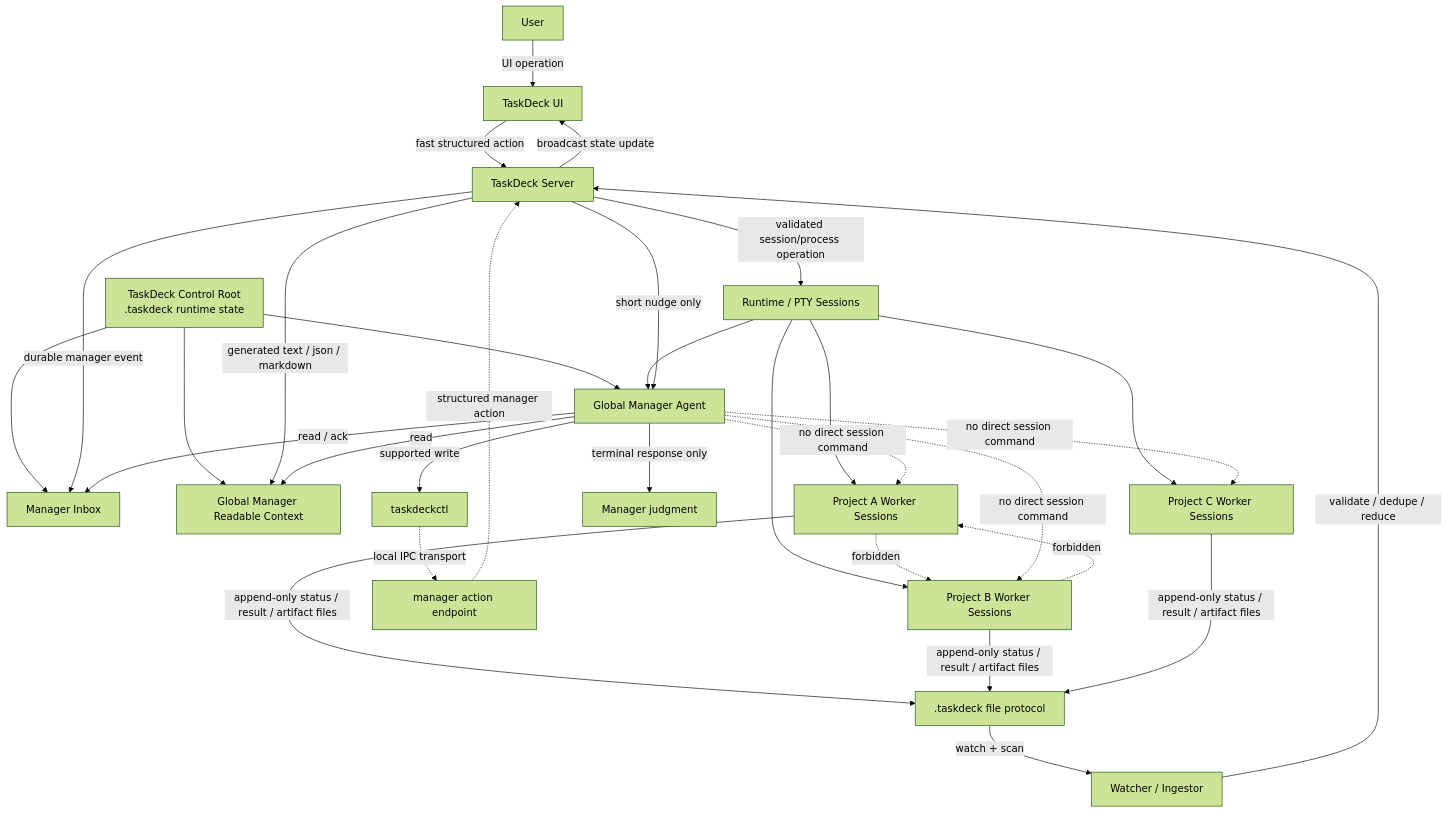
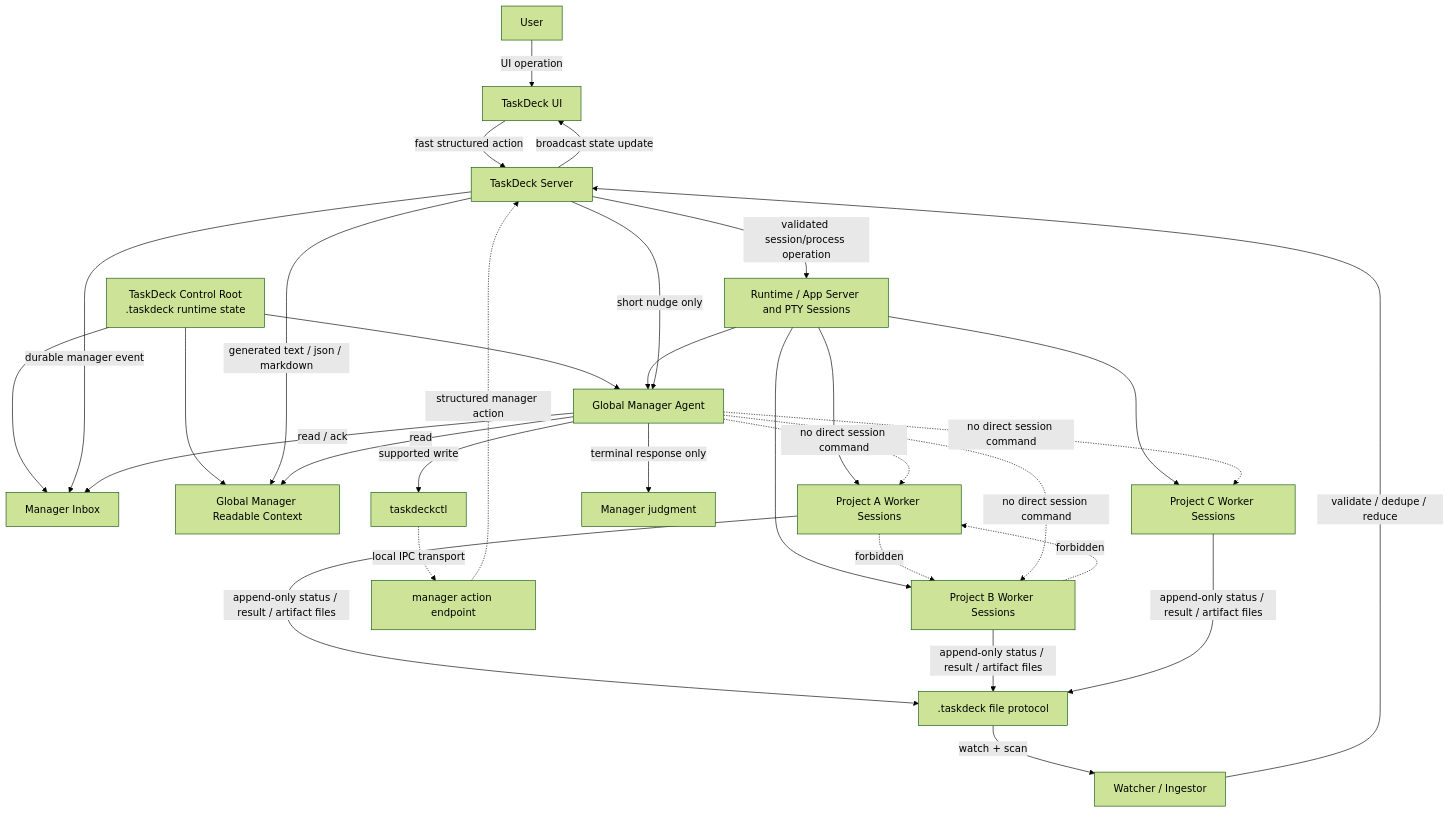
Before and after one commit to hayashikentaro/task-deck: the diagram in docs/taskdeck-actor-protocol.md, drawn with Mermaid (forest theme). The commit also changed 13 other files, not shown here.

Commit message:
Make App Server the primary Codex route

````diff
--- a/docs/taskdeck-actor-protocol.md
+++ b/docs/taskdeck-actor-protocol.md
@@ -34,42 +34,42 @@
 ```mermaid
 flowchart TD
   User[User] -->|UI operation| UI[TaskDeck UI]
   UI -->|fast structured action| Server[TaskDeck Server]
 
   ControlRoot[TaskDeck Control Root<br/>.taskdeck runtime state] --> ManagerInbox[Manager Inbox]
   ControlRoot --> ReadModel[Global Manager Readable Context]
   ControlRoot --> Manager[Global Manager Agent]
 
-  Server -->|validated session/process operation| Runtime[Runtime / PTY Sessions]
+  Server -->|validated session/process operation| Runtime[Runtime / App Server and PTY Sessions]
   Runtime --> ProjectA[Project A Worker Sessions]
   Runtime --> ProjectB[Project B Worker Sessions]
   Runtime --> ProjectC[Project C Worker Sessions]
   Runtime --> Manager
 
   ProjectA -->|append-only status / result / artifact files| Files[.taskdeck file protocol]
   ProjectB -->|append-only status / result / artifact files| Files
   ProjectC -->|append-only status / result / artifact files| Files
 
   Files -->|watch + scan| Ingest[Watcher / Ingestor]
   Ingest -->|validate / dedupe / reduce| Server
 
   Server -->|generated text / json / markdown| ReadModel
   Server -->|durable manager event| ManagerInbox
   Server -->|short nudge only| Manager
 
   Manager -->|read| ReadModel
   Manager -->|read / ack| ManagerInbox
   Manager -->|terminal response only| ManagerOutput[Manager judgment]
 
   Manager -->|supported write| Taskdeckctl[taskdeckctl]
   Taskdeckctl -. local IPC transport .-> ManagerActionEndpoint[manager action endpoint]
   ManagerActionEndpoint -. structured manager action .-> Server
 
   Server -->|broadcast state update| UI
 
   ProjectA -. forbidden .-> ProjectB
   ProjectB -. forbidden .-> ProjectA
   Manager -. no direct session command .-> ProjectA
   Manager -. no direct session command .-> ProjectB
   Manager -. no direct session command .-> ProjectC
 ```
````
